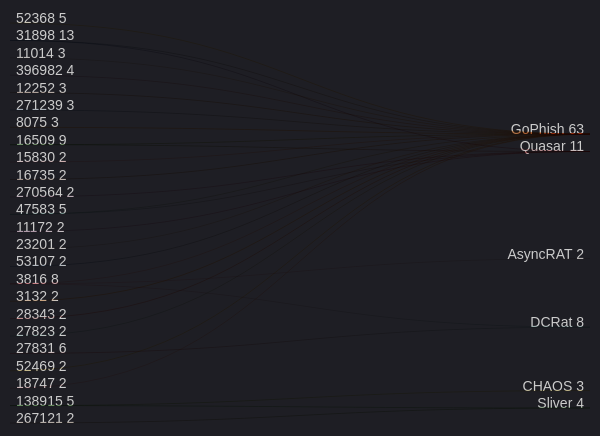
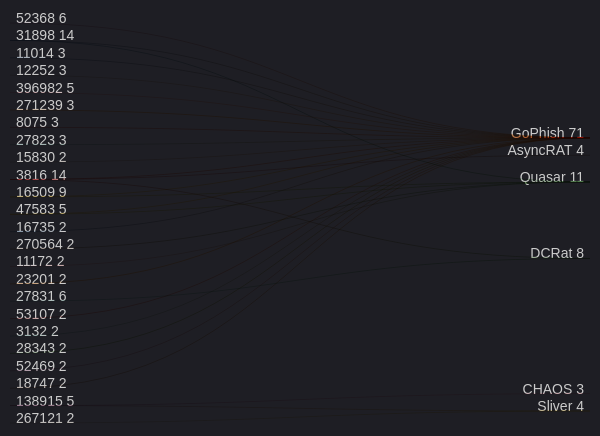
One commit to ZoqueLabs/website changed the sixth of 7 diagrams in zolim.md. Above: the diagram before and after it, drawn with Mermaid. The commit also changed other lines of this file, not shown here.

````diff
--- a/zolim.md
+++ b/zolim.md
@@ -154,38 +154,38 @@
 ```mermaid
 ---
 config:
   theme: dark
 ---
 %% ASN → Threat (top)
 sankey-beta
-  31898,GoPhish,11
+  31898,GoPhish,12
+  3816,GoPhish,8
   27831,DCRat,6
   16509,GoPhish,6
-  52368,GoPhish,5
-  396982,GoPhish,4
-  3816,GoPhish,4
+  52368,GoPhish,6
+  396982,GoPhish,5
+  3816,AsyncRAT,4
   12252,GoPhish,3
   11014,GoPhish,3
   271239,GoPhish,3
   8075,GoPhish,3
+  27823,GoPhish,3
   16509,Quasar,3
   47583,GoPhish,3
   138915,CHAOS,3
   270564,Quasar,2
   15830,GoPhish,2
   16735,GoPhish,2
   23201,GoPhish,2
   53107,GoPhish,2
   3132,GoPhish,2
   28343,GoPhish,2
-  27823,GoPhish,2
   138915,Sliver,2
   52469,GoPhish,2
   47583,Quasar,2
   11172,Quasar,2
   31898,Quasar,2
   3816,DCRat,2
   18747,GoPhish,2
   267121,Sliver,2
-  3816,AsyncRAT,2
 ```
````
